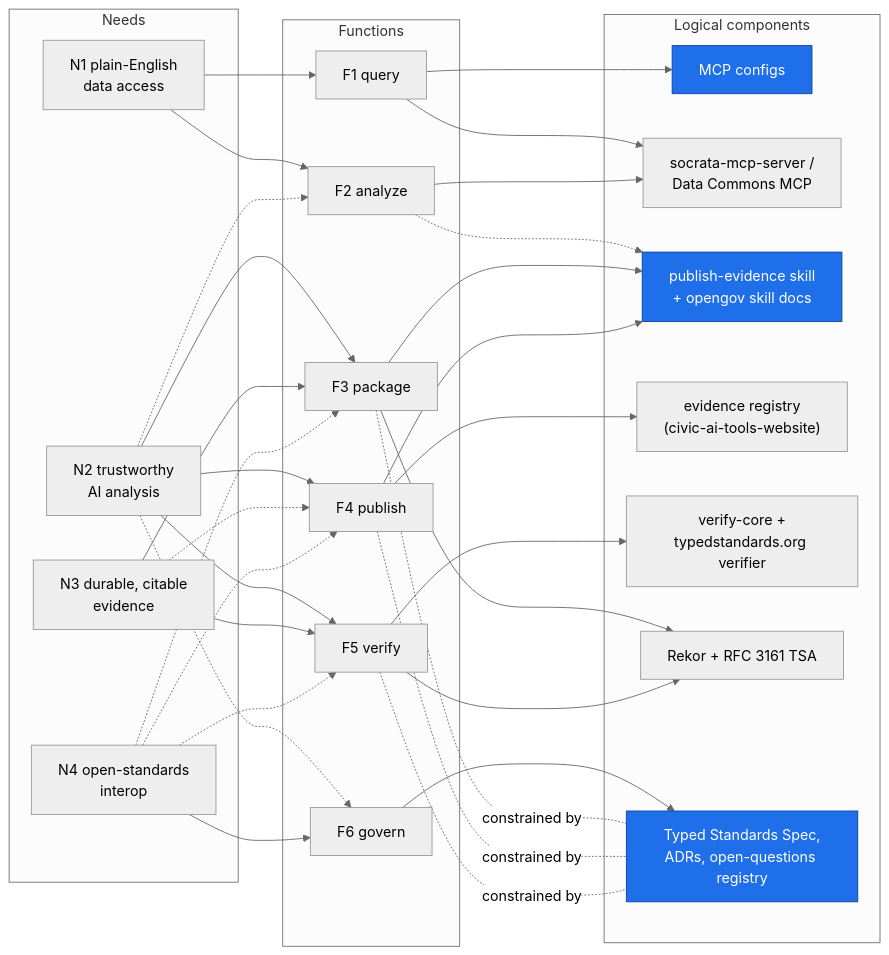
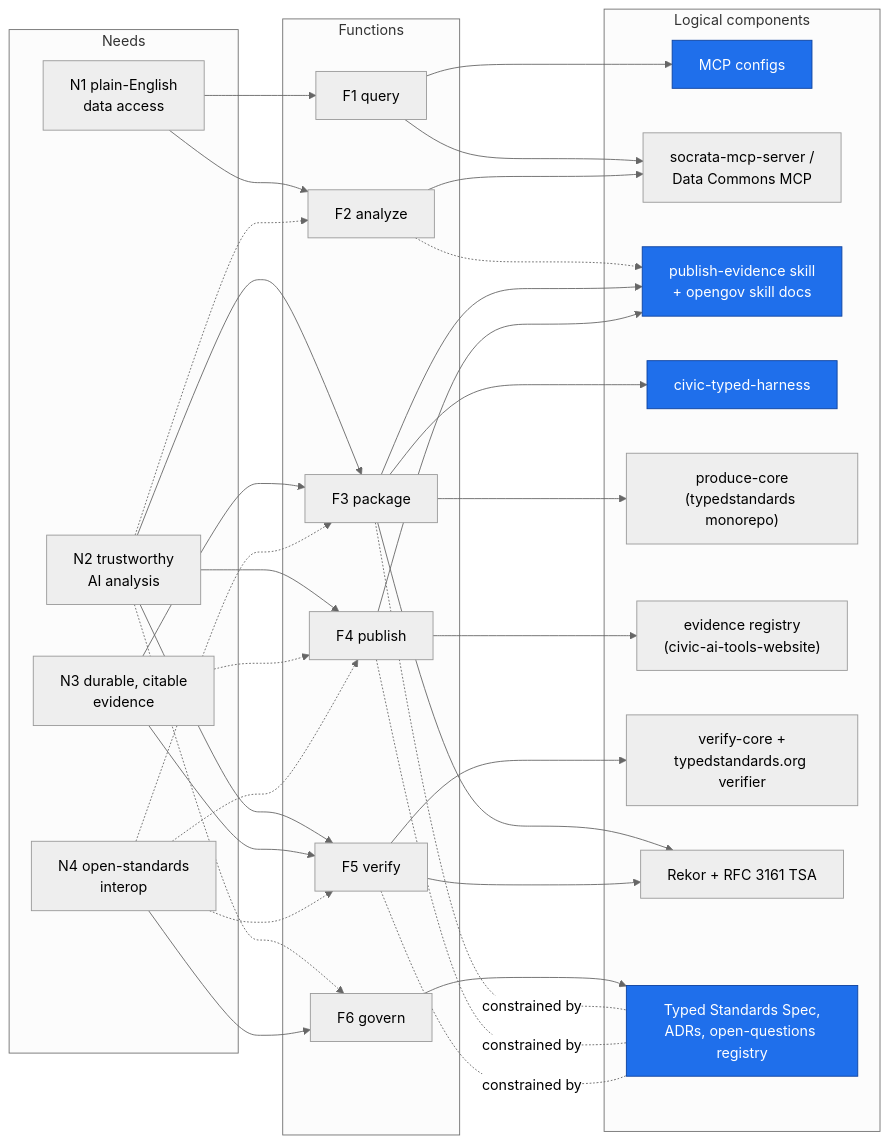
Before and after one commit to npstorey/civic-ai-tools: the fourth of 4 diagrams in research/04-architecture-views.md, drawn with Mermaid (neutral theme). The commit also changed other lines of this file and 11 other files, not shown here.

````diff
--- a/research/04-architecture-views.md
+++ b/research/04-architecture-views.md
@@ -83,60 +124,64 @@
 ```mermaid
 flowchart LR
     subgraph Needs
         N1["N1 plain-English<br/>data access"]
         N2["N2 trustworthy<br/>AI analysis"]
         N3["N3 durable, citable<br/>evidence"]
         N4["N4 open-standards<br/>interop"]
     end
 
     subgraph Functions
         F1["F1 query"]
         F2["F2 analyze"]
         F3["F3 package"]
         F4["F4 publish"]
         F5["F5 verify"]
         F6["F6 govern"]
     end
 
     subgraph Components["Logical components"]
         CFG["MCP configs"]:::thisRepo
         SOC["socrata-mcp-server /<br/>Data Commons MCP"]
         SKILL["publish-evidence skill<br/>+ opengov skill docs"]:::thisRepo
+        HARNESS["civic-typed-harness"]:::thisRepo
+        PC["produce-core<br/>(typedstandards monorepo)"]
         WEB["evidence registry<br/>(civic-ai-tools-website)"]
         TS["verify-core +<br/>typedstandards.org verifier"]
         TRUST["Rekor + RFC 3161 TSA"]
         SPEC["Typed Standards Spec,<br/>ADRs, open-questions registry"]:::thisRepo
     end
 
     N1 --> F1
     N1 --> F2
     N2 --> F3
     N2 --> F4
     N2 --> F5
     N2 -.-> F2
     N2 -.-> F6
     N3 --> F3
     N3 --> F5
     N3 -.-> F4
     N4 --> F6
     N4 -.-> F3
     N4 -.-> F4
     N4 -.-> F5
 
     F1 --> CFG
     F1 --> SOC
     F2 --> SOC
     F2 -.-> SKILL
     F3 --> SKILL
+    F3 --> HARNESS
+    F3 --> PC
     F3 --> TRUST
     F4 --> SKILL
     F4 --> WEB
     F5 --> TS
     F5 --> TRUST
     F6 --> SPEC
     F3 -. constrained by .- SPEC
     F4 -. constrained by .- SPEC
     F5 -. constrained by .- SPEC
 
     classDef thisRepo fill:#1f6feb,stroke:#0d419d,color:#ffffff
 ```
````
